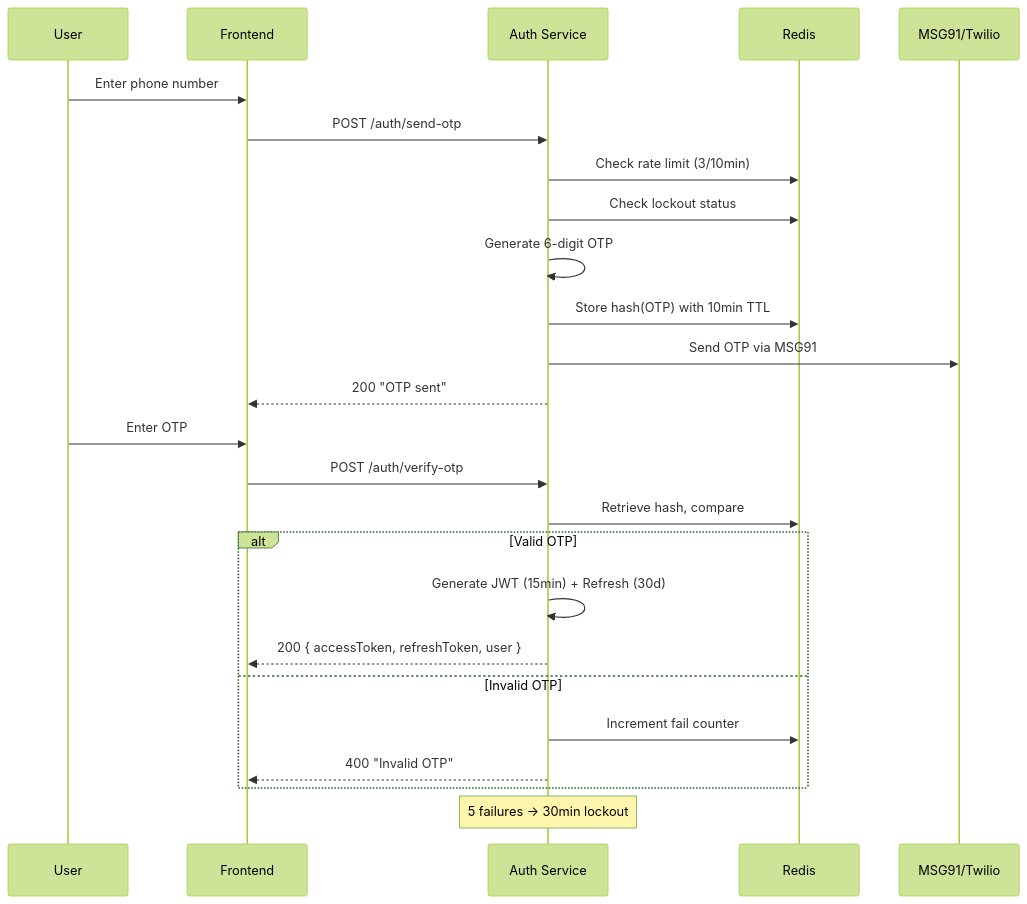
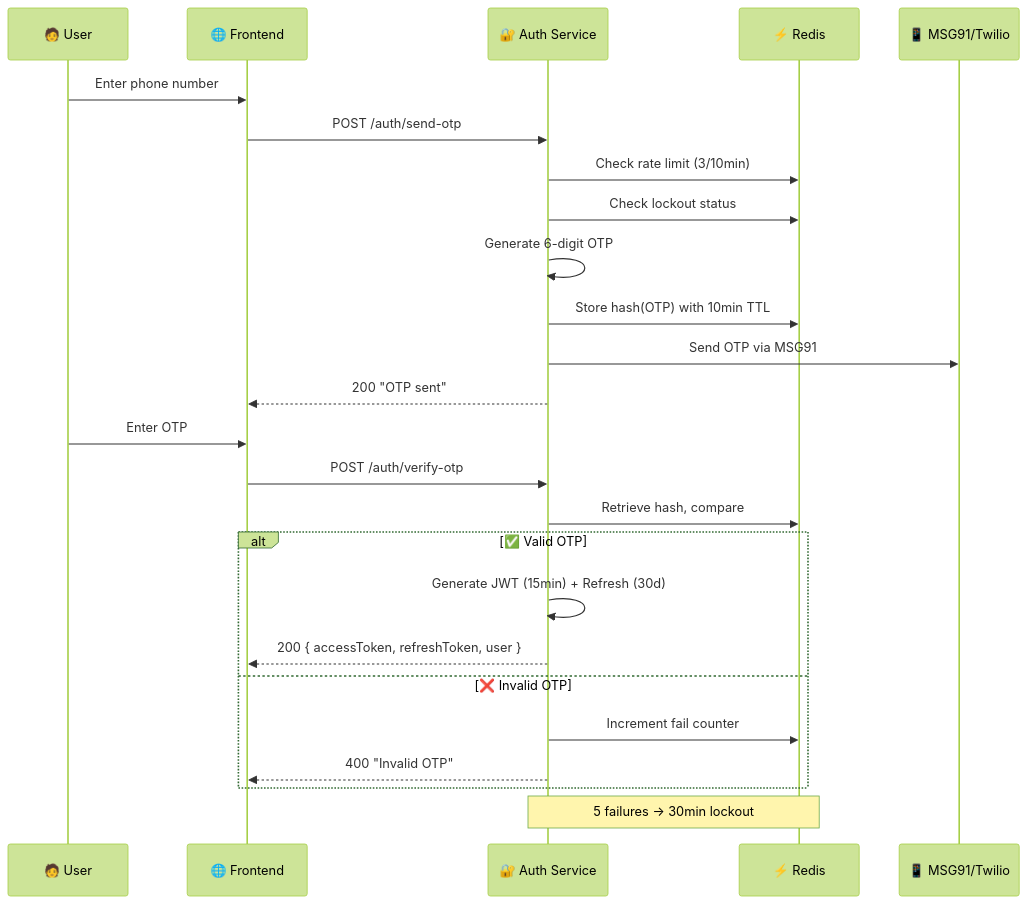
One commit to harib8000/wed changed the sixth of 29 diagrams in README.md. Above: the diagram before and after it, drawn with Mermaid (forest theme). The commit also changed other lines of this file and 1 other file, not shown here.

````diff
--- a/README.md
+++ b/README.md
@@ -257,29 +402,29 @@
 ```mermaid
 sequenceDiagram
-  participant U as User
-  participant FE as Frontend
-  participant AS as Auth Service
-  participant R as Redis
-  participant SMS as MSG91/Twilio
+    participant U as 🧑 User
+    participant FE as 🌐 Frontend
+    participant AS as 🔐 Auth Service
+    participant R as ⚡ Redis
+    participant SMS as 📱 MSG91/Twilio
 
-  U->>FE: Enter phone number
-  FE->>AS: POST /auth/send-otp
-  AS->>R: Check rate limit (3/10min)
-  AS->>R: Check lockout status
-  AS->>AS: Generate 6-digit OTP
-  AS->>R: Store hash(OTP) with 10min TTL
-  AS->>SMS: Send OTP via MSG91
-  AS-->>FE: 200 "OTP sent"
+    U->>FE: Enter phone number
+    FE->>AS: POST /auth/send-otp
+    AS->>R: Check rate limit (3/10min)
+    AS->>R: Check lockout status
+    AS->>AS: Generate 6-digit OTP
+    AS->>R: Store hash(OTP) with 10min TTL
+    AS->>SMS: Send OTP via MSG91
+    AS-->>FE: 200 "OTP sent"
 
-  U->>FE: Enter OTP
-  FE->>AS: POST /auth/verify-otp
-  AS->>R: Retrieve hash, compare
-  alt Valid OTP
-    AS->>AS: Generate JWT (15min) + Refresh (30d)
-    AS-->>FE: 200 { accessToken, refreshToken, user }
-  else Invalid OTP
-    AS->>R: Increment fail counter
-    AS-->>FE: 400 "Invalid OTP"
-  end
-  Note over AS: 5 failures → 30min lockout
+    U->>FE: Enter OTP
+    FE->>AS: POST /auth/verify-otp
+    AS->>R: Retrieve hash, compare
+    alt ✅ Valid OTP
+        AS->>AS: Generate JWT (15min) + Refresh (30d)
+        AS-->>FE: 200 { accessToken, refreshToken, user }
+    else ❌ Invalid OTP
+        AS->>R: Increment fail counter
+        AS-->>FE: 400 "Invalid OTP"
+    end
+    Note over AS,R: 5 failures → 30min lockout
 ```
````
